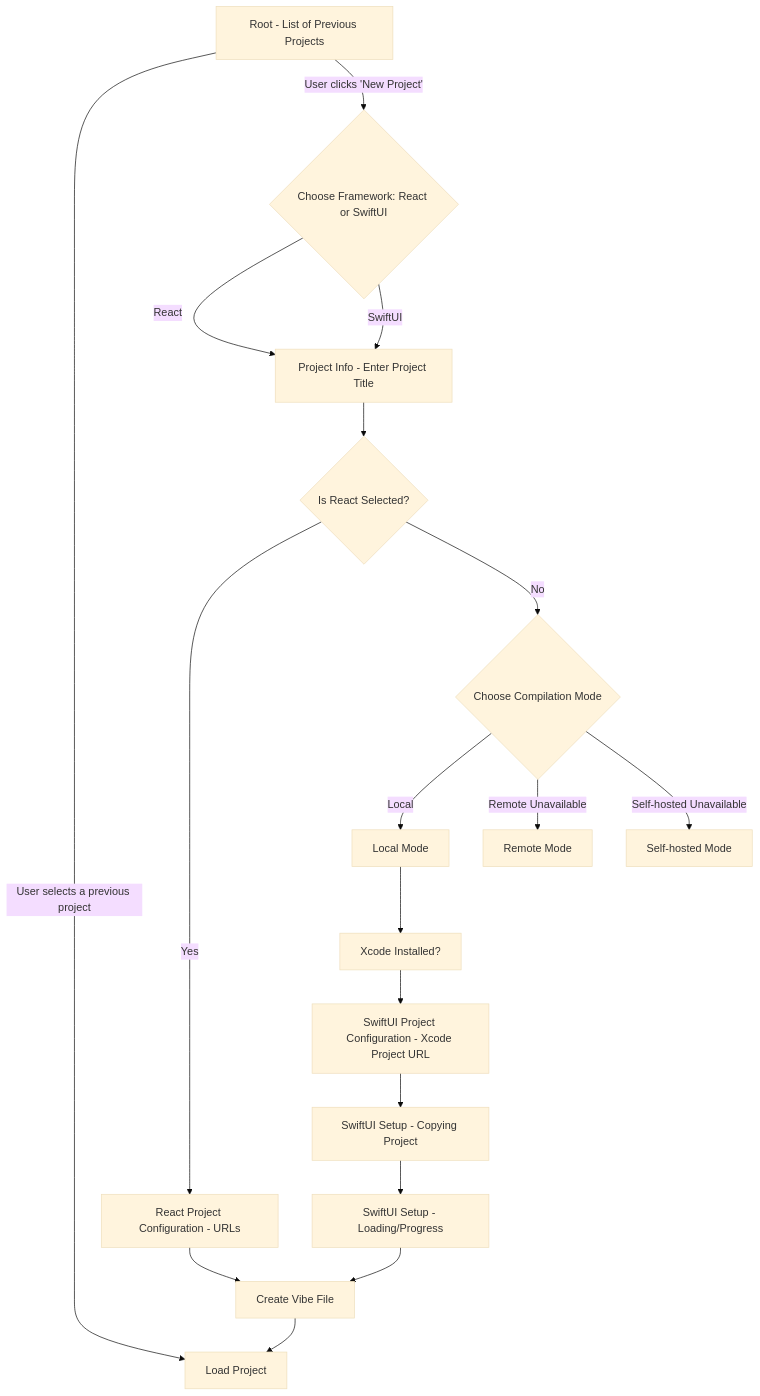
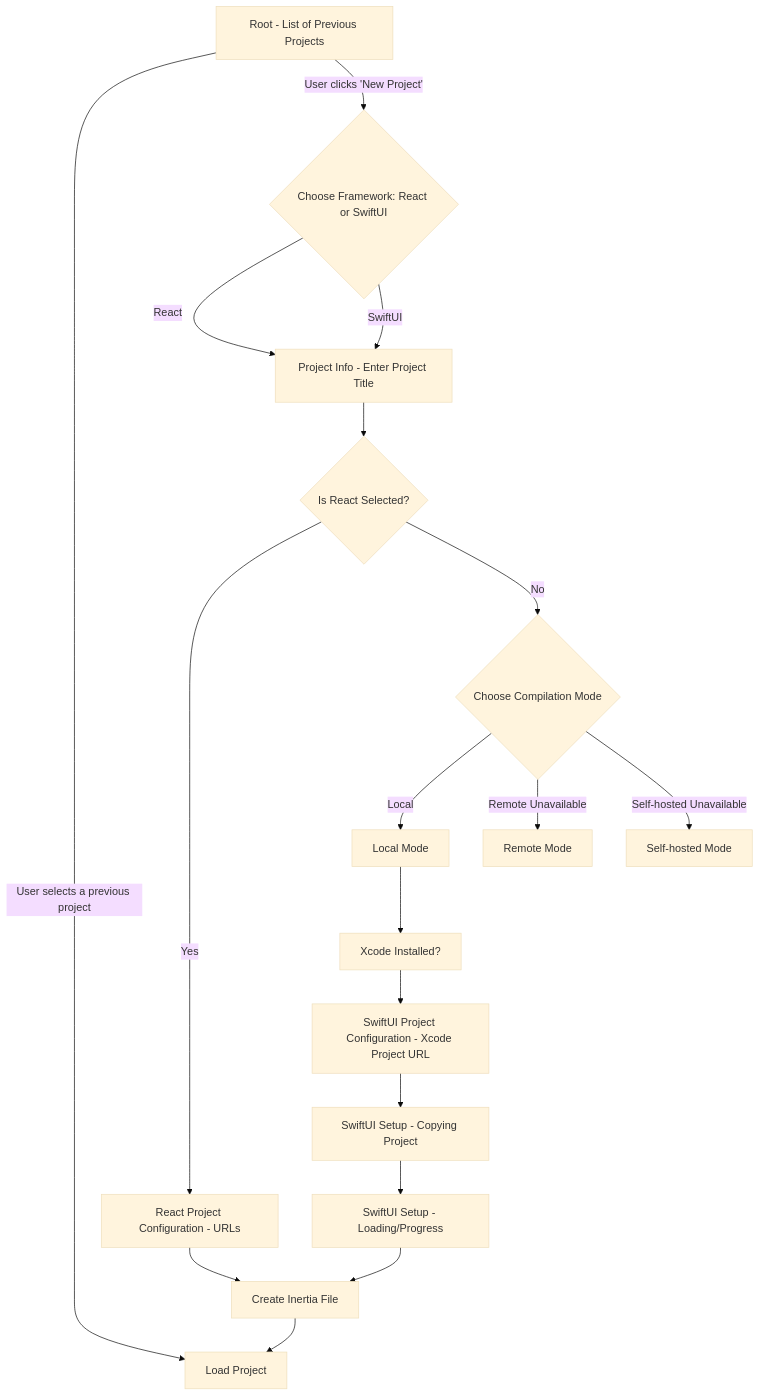
The diagram in Docs/mermaid/setup_flow/setup_flow.mermaid (hpennington/inertia-app), drawn with Mermaid (base theme) before and after one commit. The commit also changed 141 other files, not shown here.

```diff
--- a/Docs/mermaid/setup_flow/setup_flow.mermaid
+++ b/Docs/mermaid/setup_flow/setup_flow.mermaid
@@ -1,27 +1,27 @@
 graph TD
     Start[Root - List of Previous Projects]
     Start -->|User selects a previous project| LoadProject[Load Project]
     Start -->|User clicks 'New Project'| ChooseFramework{Choose Framework: React or SwiftUI}
     
     ChooseFramework -->|React| ProjectInfo[Project Info - Enter Project Title]
     ChooseFramework -->|SwiftUI| ProjectInfo[Project Info - Enter Project Title]
 
     ProjectInfo --> IsReactSelected{Is React Selected?}
 
     IsReactSelected -->|Yes| ReactConfig[React Project Configuration - URLs]
     IsReactSelected -->|No| SwiftUICompilationMode{Choose Compilation Mode}
     
-    ReactConfig --> CreateVibeFile[Create Vibe File]
+    ReactConfig --> CreateInertiaFile[Create Inertia File]
     
     SwiftUICompilationMode -->|Local| SwiftUILocalSetup[Local Mode]
     SwiftUILocalSetup --> XcodeCheck[Xcode Installed?]
     XcodeCheck --> SwiftUIConfig[SwiftUI Project Configuration - Xcode Project URL]
     
     SwiftUIConfig --> SwiftUICopying[SwiftUI Setup - Copying Project]
     SwiftUICopying --> SwiftUISetupProgress[SwiftUI Setup - Loading/Progress]
-    SwiftUISetupProgress --> CreateVibeFile
+    SwiftUISetupProgress --> CreateInertiaFile
     
-    CreateVibeFile --> LoadProject
+    CreateInertiaFile --> LoadProject
     
     SwiftUICompilationMode -->|Remote Unavailable| RemoteUnavailable[Remote Mode]
     SwiftUICompilationMode -->|Self-hosted Unavailable| SelfHostedUnavailable[Self-hosted Mode]
```
